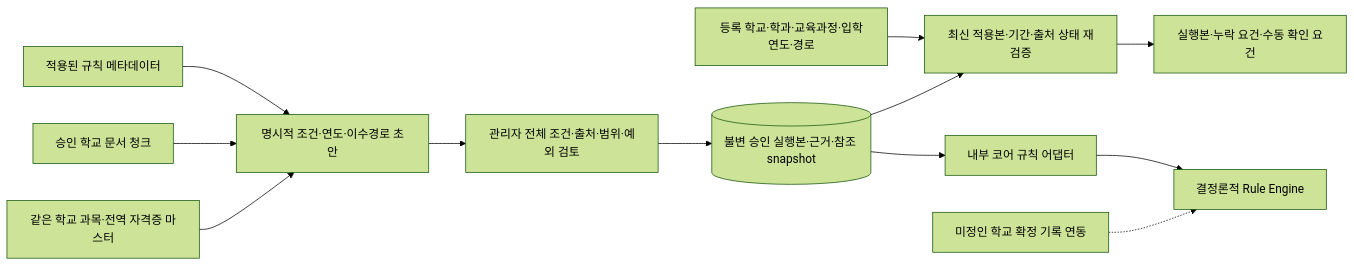
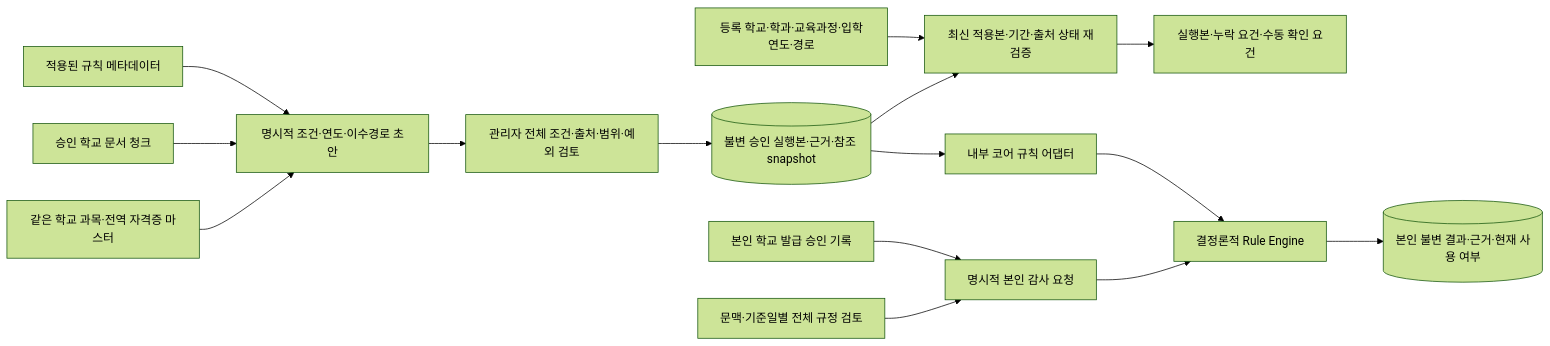
The sixth of 12 diagrams in docs/architecture-erd.md (product04231125/UNIPATH), drawn with Mermaid (forest theme) before and after one commit. The commit also changed other lines of this file and 34 other files, not shown here.

````diff
--- a/docs/architecture-erd.md
+++ b/docs/architecture-erd.md
@@ -149,14 +162,17 @@
 ```mermaid
 flowchart LR
     Metadata[적용된 규칙 메타데이터] --> Draft[명시적 조건·연도·이수경로 초안]
     Knowledge[승인 학교 문서 청크] --> Draft
     Masters[같은 학교 과목·전역 자격증 마스터] --> Draft
     Draft --> Review[관리자 전체 조건·출처·범위·예외 검토]
     Review --> Published[(불변 승인 실행본·근거·참조 snapshot)]
     Context[등록 학교·학과·교육과정·입학연도·경로] --> Selection[최신 적용본·기간·출처 상태 재검증]
     Published --> Selection
     Selection --> Result[실행본·누락 요건·수동 확인 요건]
     Published --> Adapter[내부 코어 규칙 어댑터]
     Adapter --> Core[결정론적 Rule Engine]
-    Future[미정인 학교 확정 기록 연동] -.-> Core
+    Records[본인 학교 발급 승인 기록] --> Audit[명시적 본인 감사 요청]
+    Reviewed[문맥·기준일별 전체 규정 검토] --> Audit
+    Audit --> Core
+    Core --> History[(본인 불변 결과·근거·현재 사용 여부)]
 ```
````
